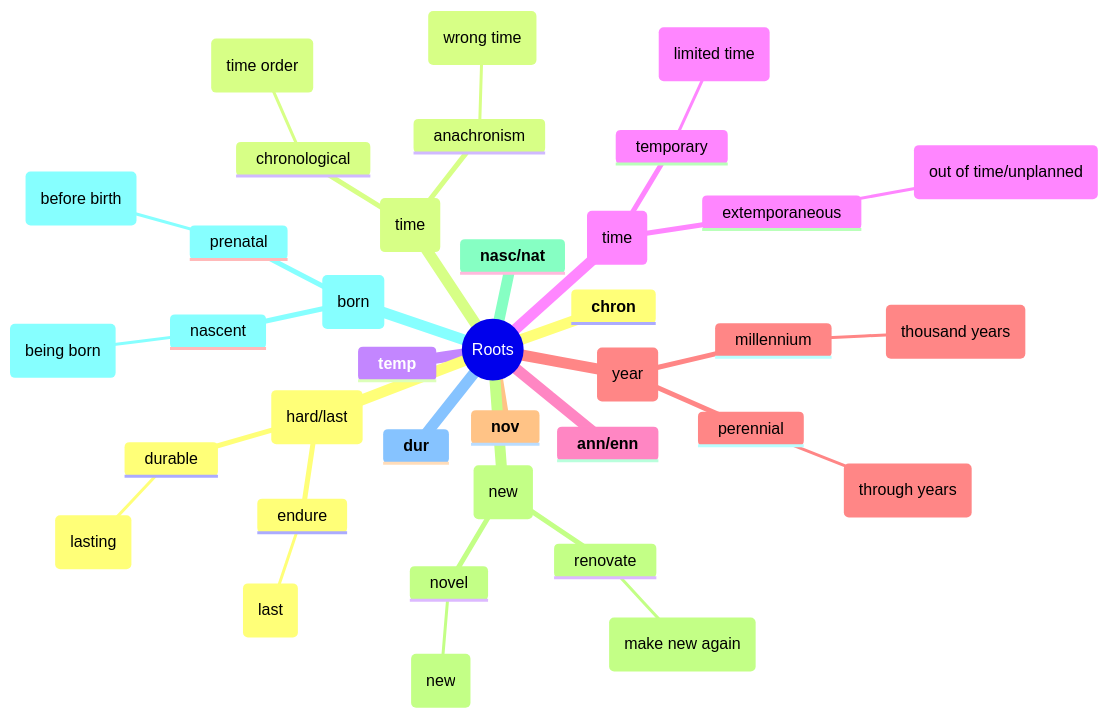
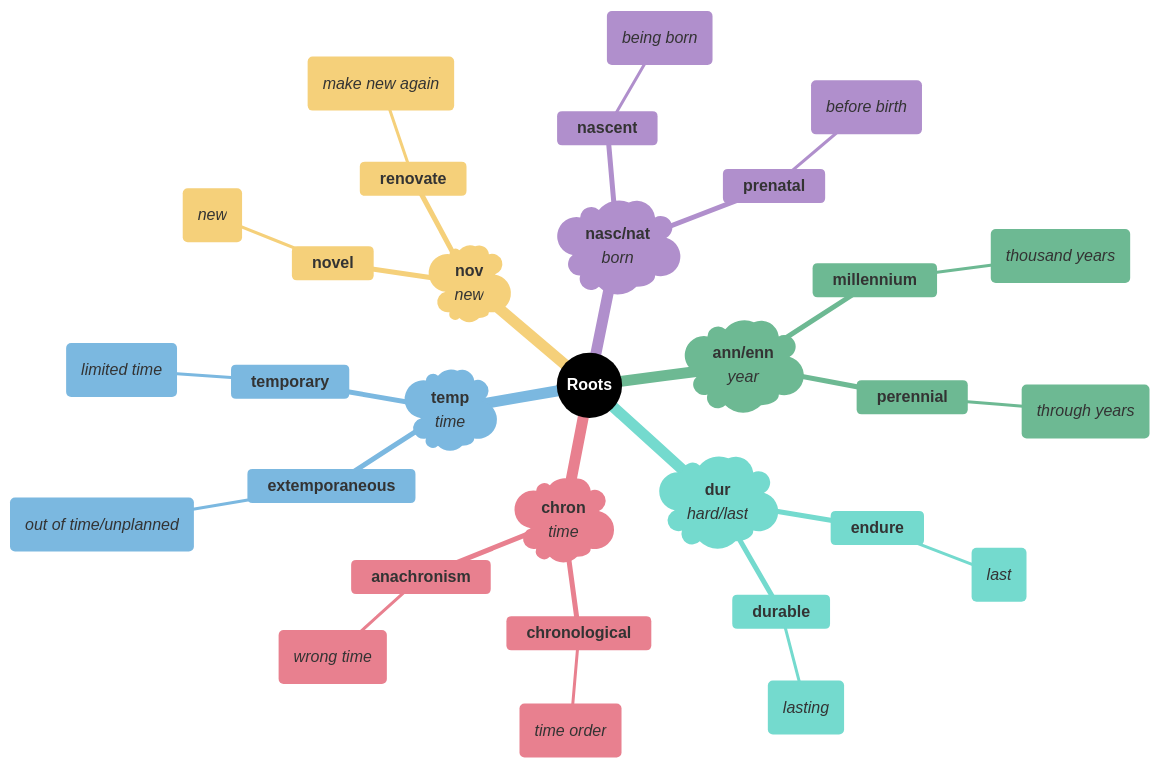
One commit to 95anantsingh/gre-preparation changed the eighth of 8 diagrams in mindmaps/15-time-and-duration.md. Above: the diagram before and after it, drawn with Mermaid. The commit also changed other lines of this file and 14 other files, not shown here.

````diff
--- a/mindmaps/15-time-and-duration.md
+++ b/mindmaps/15-time-and-duration.md
@@ -329,40 +475,53 @@
 ```mermaid
+%%{
+  init: {
+    "theme": "base",
+    "themeVariables": {
+      "primaryColor": "#000000",
+      "cScale1": "#e8808f",  "cScaleInv1": "#a33445",
+      "cScale2": "#7bb8e0",  "cScaleInv2": "#266a93",
+      "cScale3": "#6db993",  "cScaleInv3": "#23543f",
+      "cScale4": "#f5d07a",  "cScaleInv4": "#c4903b",
+      "cScale5": "#b08fcc",  "cScaleInv5": "#5d3b75",
+      "cScale6": "#74dace",  "cScaleInv6": "#217d72",
+      "cScale7": "#f09570",  "cScaleInv7": "#b84112",
+      "cScale8": "#8ea8c2",  "cScaleInv8": "#32465e",
+      "cScale9": "#cc7fba",  "cScaleInv9": "#7d2868",
+      "cScale10": "#c99a78", "cScaleInv10": "#7c4e32",
+      "cScale11": "#a3a3a3", "cScaleInv11": "#3d3d3d"
+    }
+  }
+}%%
 mindmap
-  root((Roots))
-    **chron**
-    (time)
-      chronological
-        (time order)
-      anachronism
-        (wrong time)
-    **temp**
-    (time)
-      temporary
-        (limited time)
-      extemporaneous
-        (out of time/unplanned)
-    **ann/enn**
-    (year)
-      perennial
-        (through years)
-      millennium
-        (thousand years)
-    **nov**
-    (new)
-      novel
-        (new)
-      renovate
-        (make new again)
-    **nasc/nat**
-    (born)
-      nascent
-        (being born)
-      prenatal
-        (before birth)
-    **dur**
-    (hard/last)
-      endure
-        (last)
-      durable
-        (lasting)
+  root((<font color=white>**Roots**</font>))
+    )**chron**</br>_time_(
+      **chronological**
+        (_time order_)
+      **anachronism**
+        (_wrong time_)
+    )**temp**</br>_time_(
+      **temporary**
+        (_limited time_)
+      **extemporaneous**
+        (_out of time/unplanned_)
+    )**ann/enn**</br>_year_(
+      **perennial**
+        (_through years_)
+      **millennium**
+        (_thousand years_)
+    )**nov**</br>_new_(
+      **novel**
+        (_new_)
+      **renovate**
+        (_make new again_)
+    )**nasc/nat**</br>_born_(
+      **nascent**
+        (_being born_)
+      **prenatal**
+        (_before birth_)
+    )**dur**</br>_hard/last_(
+      **endure**
+        (_last_)
+      **durable**
+        (_lasting_)
 ```
````
